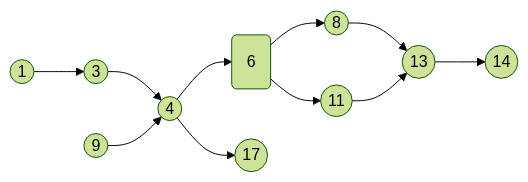
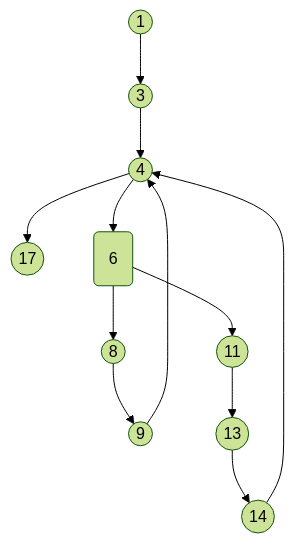
The diagram in Software Testing/Labs/Lab 01.md (sd4483/Obsidian), drawn with Mermaid (forest theme) before and after one commit. The commit also changed 1 other file, not shown here.

Commit message:
vault backup: 2023-02-23 11:27:09

````diff
--- a/Software Testing/Labs/Lab 01.md
+++ b/Software Testing/Labs/Lab 01.md
@@ -5,8 +5,9 @@
 ```mermaid
-flowchart LR
-	id1((1)) --> id2((3)) --> id3((4)) --> id4(6) --> id5((8)) & id7((11))
-	id5((8)) --> id8((9))
+flowchart TD
+	id1((1)) --> id2((3)) --> id3((4)) --> id10((17)) & id4((6))
+	id4(6) --> id5((8)) & id7((11))
+	id5((8)) --> id6((9))
+	id6((9)) --> id3((4))
 	id7((11)) --> id8((13)) --> id9((14))
-	id6((9)) --> id3((4))
-	id3((4)) --> id10((17))
+	id9((14)) --> id3((4))
 ```
````
